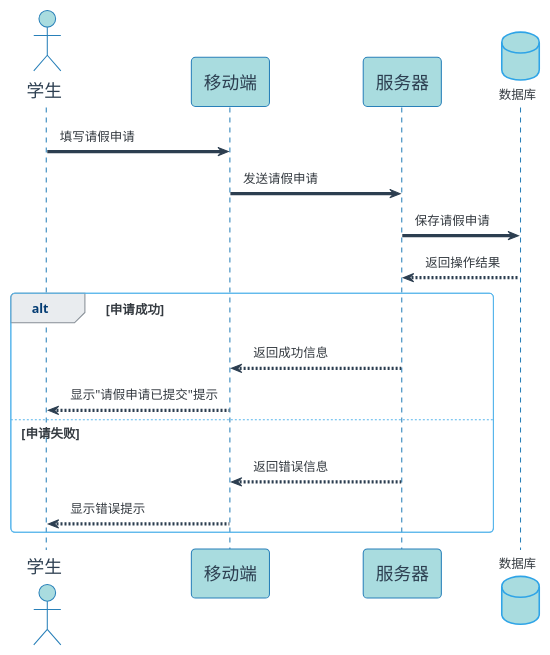
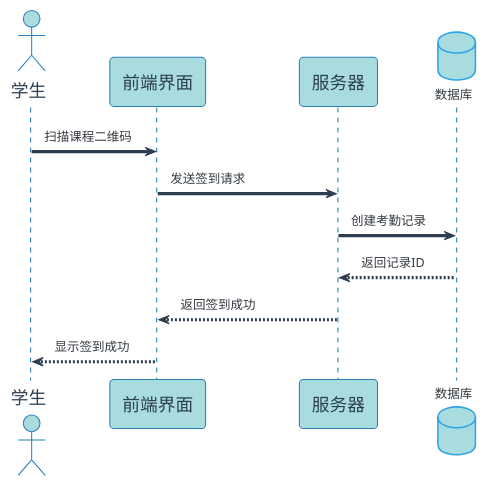
The diagram in 顺序图文件/学生考勤记录.puml (ybwlz/-git-), drawn with PlantUML before and after one commit. The commit also changed 6 other files, not shown here.

```diff
--- a/顺序图文件/学生考勤记录.puml
+++ b/顺序图文件/学生考勤记录.puml
@@ -1,40 +1,34 @@
 @startuml
 !theme cerulean
 skinparam backgroundColor #FFFFFF
 skinparam sequence {
     ArrowColor #2C3E50
     ActorBorderColor #2980B9
     LifeLineBorderColor #2980B9
     LifeLineBackgroundColor #A9DCDF
     
     ParticipantBorderColor #2980B9
     ParticipantBackgroundColor #A9DCDF
     ParticipantFontName 微软雅黑
     ParticipantFontSize 17
     ParticipantFontColor #2C3E50
     
     ActorBackgroundColor #A9DCDF
     ActorFontColor #2C3E50
     ActorFontSize 17
     ActorFontName 微软雅黑
 }
 
 actor 学生 as Student
-participant "移动端" as Mobile #A9DCDF
+participant "前端界面" as Frontend #A9DCDF
 participant "服务器" as Server #A9DCDF
 database "数据库" as DB #A9DCDF
 
-Student -> Mobile: 填写请假申请
-Mobile -> Server: 发送请假申请
-Server -> DB: 保存请假申请
-DB --> Server: 返回操作结果
-
-alt 申请成功
-    Server --> Mobile: 返回成功信息
-    Mobile --> Student: 显示"请假申请已提交"提示
-else 申请失败
-    Server --> Mobile: 返回错误信息
-    Mobile --> Student: 显示错误提示
-end
+Student -> Frontend: 扫描课程二维码
+Frontend -> Server: 发送签到请求
+Server -> DB: 创建考勤记录
+DB --> Server: 返回记录ID
+Server --> Frontend: 返回签到成功
+Frontend --> Student: 显示签到成功
 
 @enduml 
```
